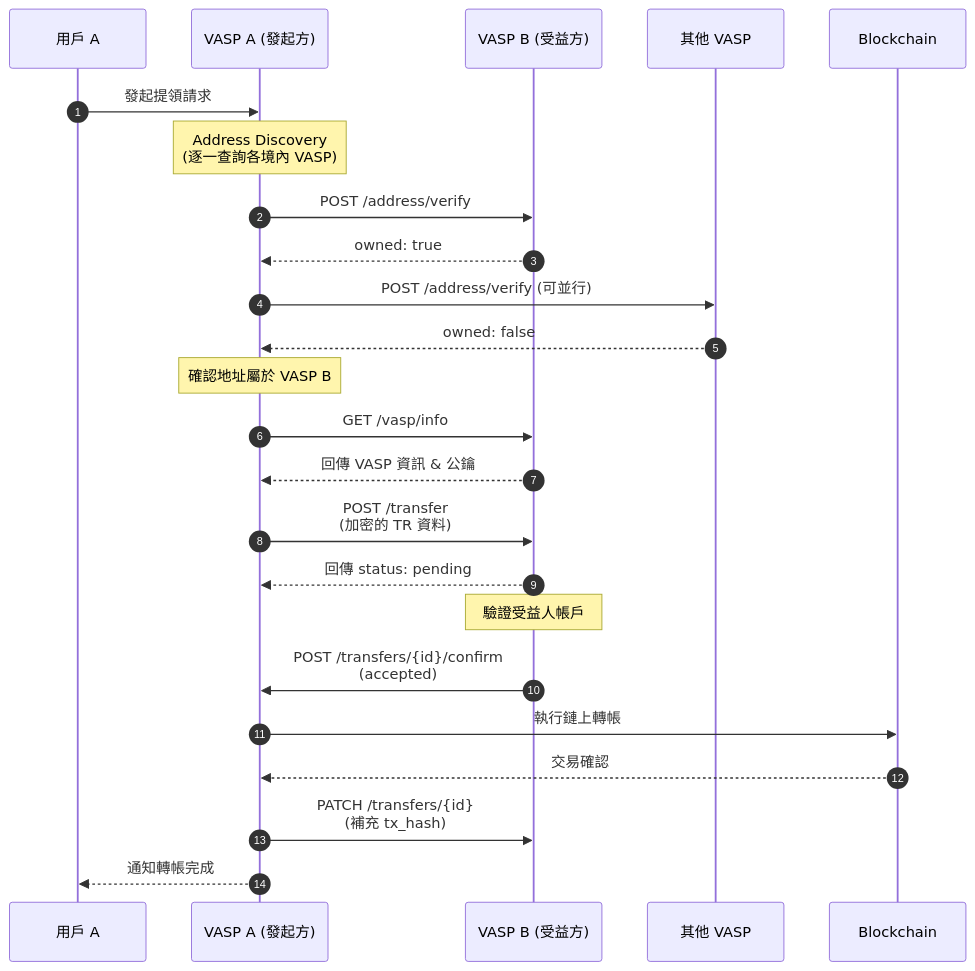
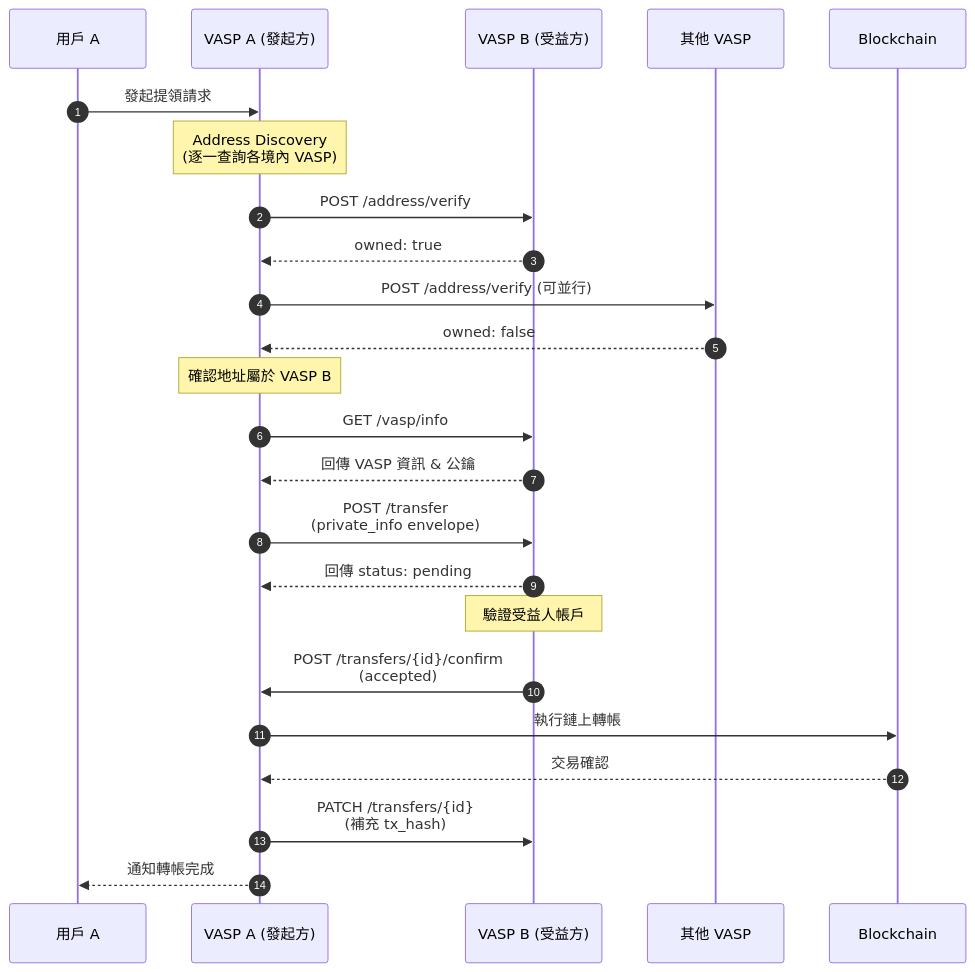
The first of 2 diagrams in spec/flow-examples.mdx (kryptogo/domestic-travel-rule-spec), drawn with Mermaid before and after one commit. The commit also changed other lines of this file and 6 other files, not shown here.

````diff
--- a/spec/flow-examples.mdx
+++ b/spec/flow-examples.mdx
@@ -60,38 +60,38 @@
 ```mermaid
 sequenceDiagram
     autonumber
     participant User as 用戶 A
     participant OV as VASP A (發起方)
     participant BV as VASP B (受益方)
     participant OtherVASPs as 其他 VASP
     participant BC as Blockchain
 
     User->>OV: 發起提領請求
 
     Note over OV: Address Discovery<br/>(逐一查詢各境內 VASP)
 
     OV->>BV: POST /address/verify
     BV-->>OV: owned: true
 
     OV->>OtherVASPs: POST /address/verify (可並行)
     OtherVASPs-->>OV: owned: false
 
     Note over OV: 確認地址屬於 VASP B
 
     OV->>BV: GET /vasp/info
     BV-->>OV: 回傳 VASP 資訊 & 公鑰
 
-    OV->>BV: POST /transfer<br/>(加密的 TR 資料)
+    OV->>BV: POST /transfer<br/>(private_info envelope)
     BV-->>OV: 回傳 status: pending
 
     Note over BV: 驗證受益人帳戶
 
     BV->>OV: POST /transfers/{id}/confirm<br/>(accepted)
 
     OV->>BC: 執行鏈上轉帳
     BC-->>OV: 交易確認
 
     OV->>BV: PATCH /transfers/{id}<br/>(補充 tx_hash)
 
     OV-->>User: 通知轉帳完成
 ```
````
